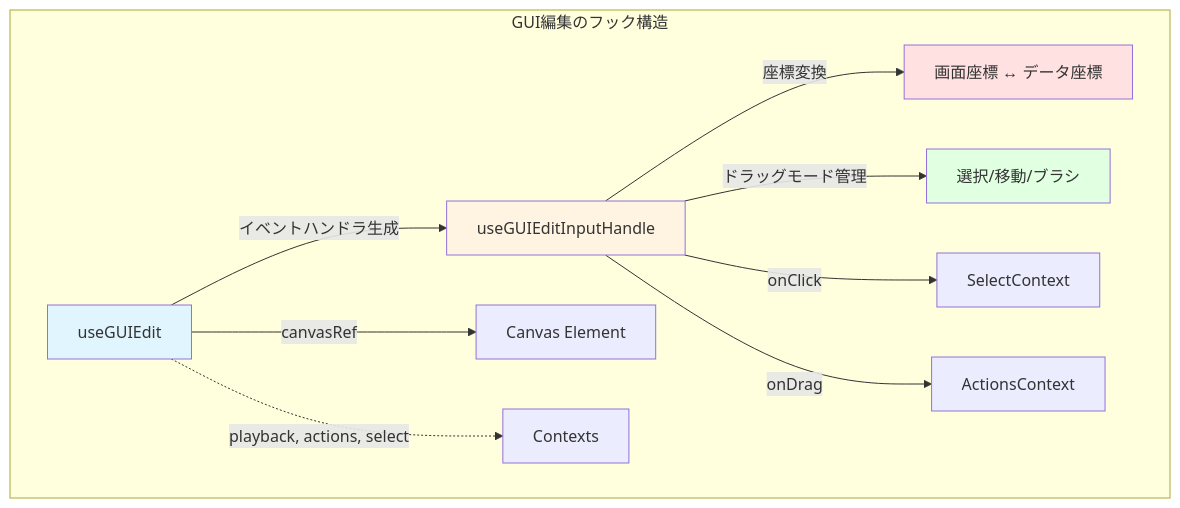
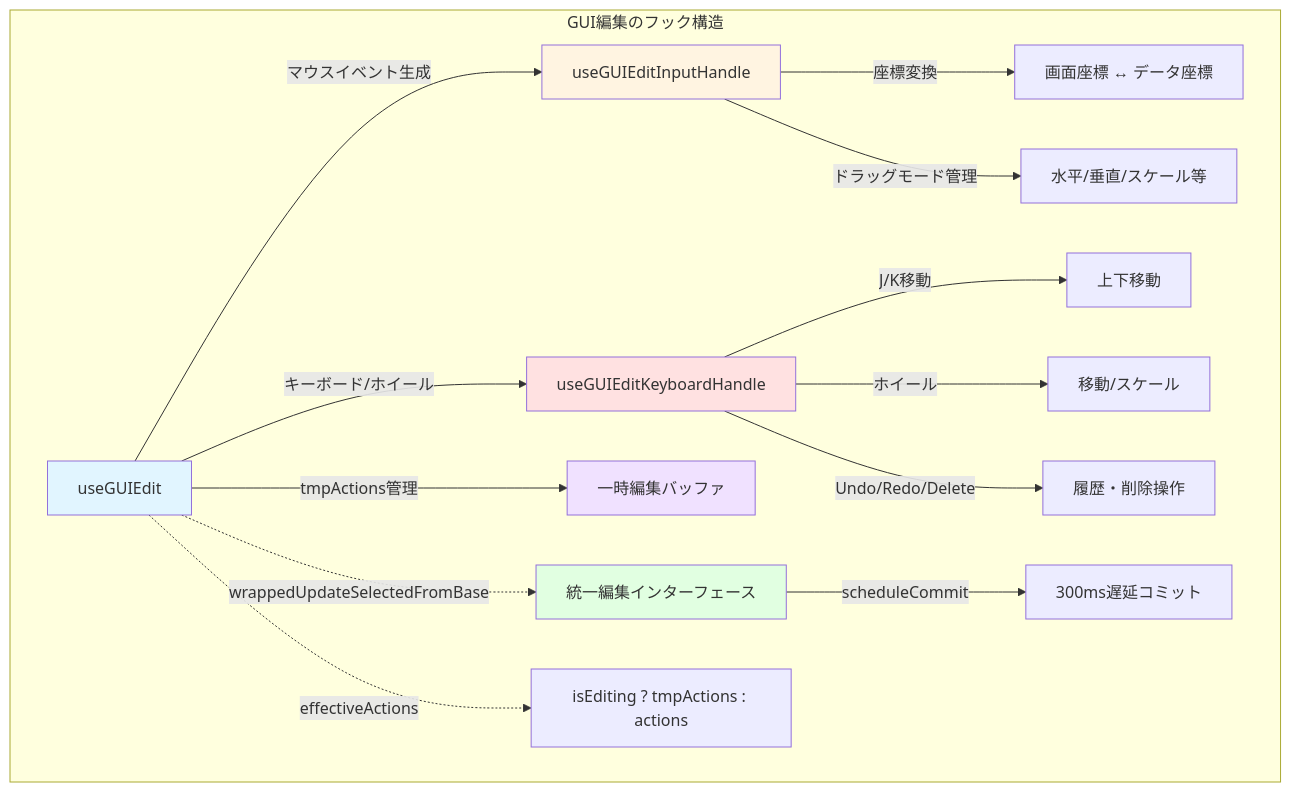
One commit to tin9tt/funscript-workspace changed the seventh of 7 diagrams in src/app/edit/DesignDoc.md. Above: the diagram before and after it, drawn with Mermaid. The commit also changed other lines of this file, not shown here.

````diff
--- a/src/app/edit/DesignDoc.md
+++ b/src/app/edit/DesignDoc.md
@@ -668,22 +681,30 @@
 ```mermaid
 graph TB
     subgraph "GUI編集のフック構造"
         A[useGUIEdit]
         B[useGUIEditInputHandle]
+        C[useGUIEditKeyboardHandle]
 
-        A -->|イベントハンドラ生成| B
-        A -->|canvasRef| CanvasElement[Canvas Element]
+        A -->|マウスイベント生成| B
+        A -->|キーボード/ホイール| C
+        A -->|tmpActions管理| TmpBuffer[一時編集バッファ]
 
         B -->|座標変換| CoordTransform[画面座標 ↔ データ座標]
-        B -->|ドラッグモード管理| DragMode[選択/移動/ブラシ]
+        B -->|ドラッグモード管理| DragMode[水平/垂直/スケール等]
 
-        A -.->|playback, actions, select| Contexts
-        B -->|onClick| SelectContext
-        B -->|onDrag| ActionsContext
+        C -->|J/K移動| MoveOps[上下移動]
+        C -->|ホイール| WheelOps[移動/スケール]
+        C -->|Undo/Redo/Delete| ActionOps[履歴・削除操作]
+
+        A -.->|wrappedUpdateSelectedFromBase| UpdateWrapper[統一編集インターフェース]
+        UpdateWrapper -->|scheduleCommit| CommitTimer[300ms遅延コミット]
+
+        A -.->|effectiveActions| Display[isEditing ? tmpActions : actions]
     end
 
     style A fill:#e1f5ff
     style B fill:#fff4e1
-    style CoordTransform fill:#ffe1e1
-    style DragMode fill:#e1ffe1
+    style C fill:#ffe1e1
+    style TmpBuffer fill:#f0e1ff
+    style UpdateWrapper fill:#e1ffe1
 ```
````
